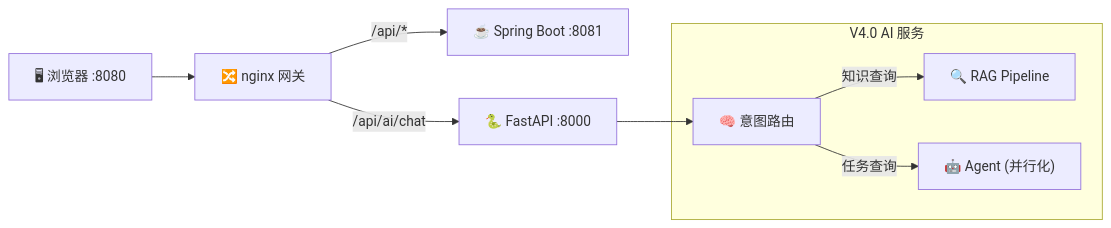
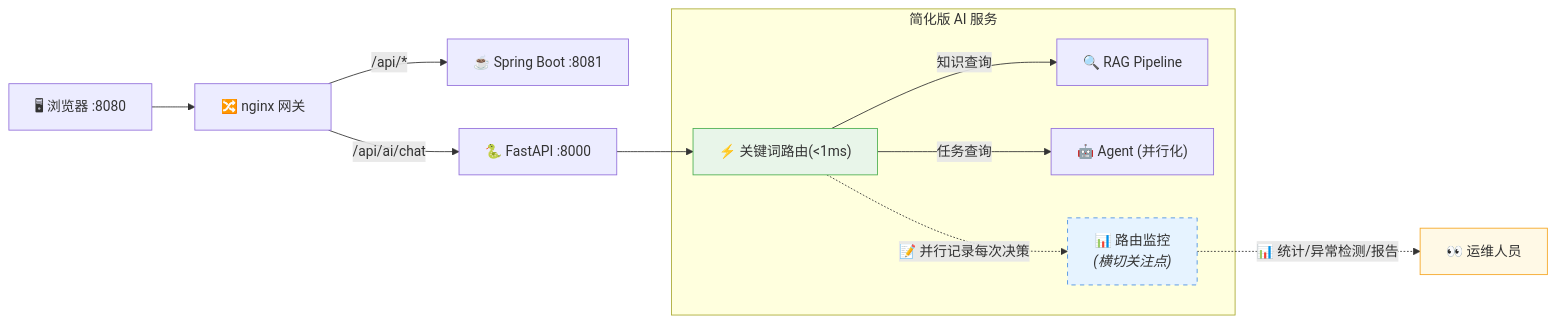
One commit to hmzabb/changAn_AI changed the first of 2 diagrams in README.md. Above: the diagram before and after it, drawn with Mermaid. The commit also changed other lines of this file and 20 other files, not shown here.

First line of the commit message:
feat: 简化意图路由系统

````diff
--- a/README.md
+++ b/README.md
@@ -41,20 +40,27 @@
 ```mermaid
 graph LR
     Browser["🖥 浏览器 :8080"]
     Nginx["🔀 nginx 网关"]
     Java["☕ Spring Boot :8081"]
     Python["🐍 FastAPI :8000"]
 
-    subgraph Python_AI["V4.0 AI 服务"]
-        IntentRouter["🧠 意图路由"]
+    subgraph Python_AI["简化版 AI 服务"]
+        Router["⚡ 关键词路由(<1ms)"]
         RAG["🔍 RAG Pipeline"]
         Agent["🤖 Agent (并行化)"]
+        Monitor["📊 路由监控<br/><i>(横切关注点)</i>"]
     end
 
     Browser --> Nginx
     Nginx -->|"/api/*"| Java
     Nginx -->|"/api/ai/chat"| Python
-    Python --> IntentRouter
-    IntentRouter -->|"知识查询"| RAG
-    IntentRouter -->|"任务查询"| Agent
+    Python --> Router
+    Router -->|"知识查询"| RAG
+    Router -->|"任务查询"| Agent
+    Router -.->|"📝 并行记录每次决策"| Monitor
+    Monitor -.->|"📊 统计/异常检测/报告"| Observer["👀 运维人员"]
+
+    style Monitor fill:#E6F3FF,stroke:#4A90E2,stroke-dasharray: 5 5
+    style Observer fill:#FFF9E6,stroke:#F5A623
+    style Router fill:#E8F5E9,stroke:#4CAF50
 ```
````
